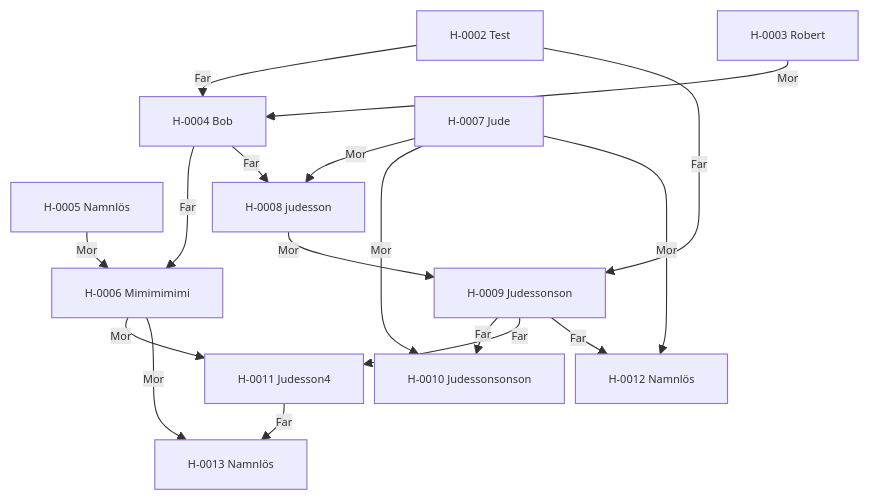
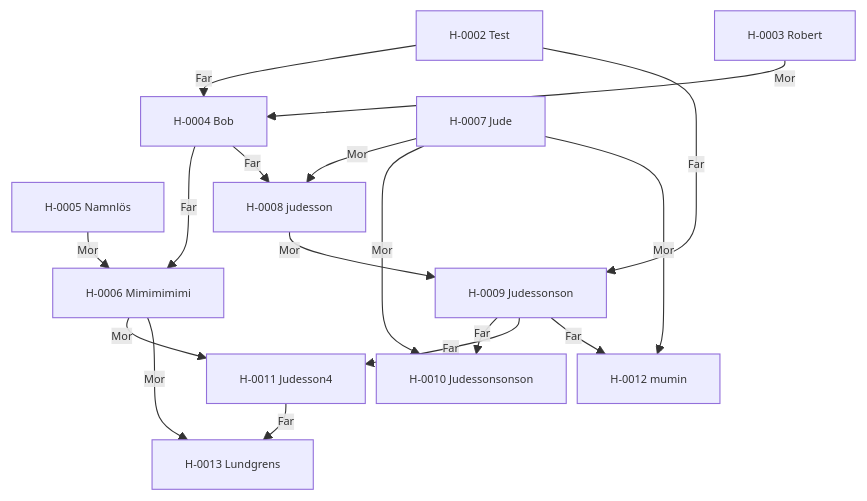
Before and after one commit to awoltmp/horse-registry: the diagram in content/02. Register/02.3 Stamtavlor/Stamtavla H-0002.md, drawn with Mermaid. The commit also changed other lines of this file and 43 other files, not shown here.

````diff
--- a/content/02. Register/02.3 Stamtavlor/Stamtavla H-0002.md
+++ b/content/02. Register/02.3 Stamtavlor/Stamtavla H-0002.md
@@ -23,33 +23,33 @@
 ```mermaid
 %%{init: {"flowchart": {"nodeSpacing": 10, "rankSpacing": 18, "curve": "basis", "htmlLabels": true}, "themeVariables": {"fontSize": "10px"}}}%%
 flowchart TB
     h0["H-0002 Test"]
     h1["H-0003 Robert"]
     h2["H-0004 Bob"]
     h3["H-0005 Namnlös"]
     h4["H-0006 Mimimimimi"]
     h5["H-0007 Jude"]
     h6["H-0008 judesson"]
     h7["H-0009 Judessonson"]
     h8["H-0010 Judessonsonson"]
     h9["H-0011 Judesson4"]
-    h10["H-0012 Namnlös"]
-    h11["H-0013 Namnlös"]
+    h10["H-0012 mumin"]
+    h11["H-0013 Lundgrens"]
     h0 -->|Far| h2
     h1 -->|Mor| h2
     h2 -->|Far| h4
     h3 -->|Mor| h4
     h2 -->|Far| h6
     h5 -->|Mor| h6
     h0 -->|Far| h7
     h6 -->|Mor| h7
     h7 -->|Far| h8
     h5 -->|Mor| h8
     h7 -->|Far| h9
     h4 -->|Mor| h9
     h7 -->|Far| h10
     h5 -->|Mor| h10
     h9 -->|Far| h11
     h4 -->|Mor| h11
     class h0,h1,h2,h3,h4,h5,h6,h7,h8,h9,h10,h11 internal-link;
 ```
````
